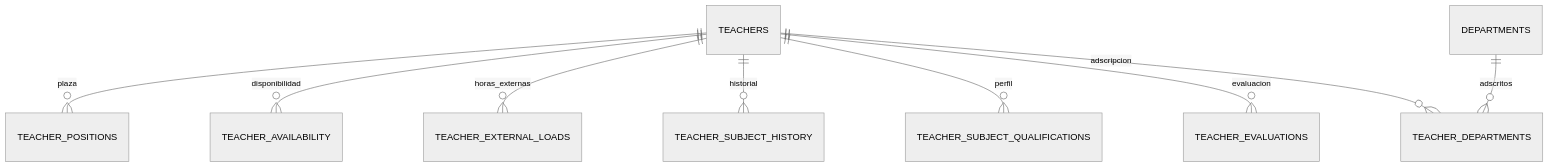
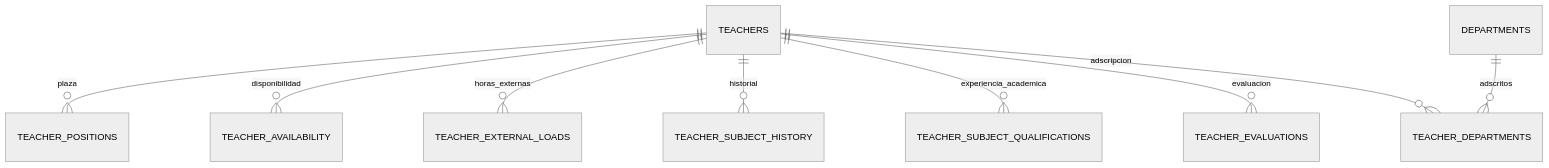
The third of 5 diagrams in docs/dominio/modelo-de-datos.md (Erne1357/nexus), drawn with Mermaid (neutral theme) before and after one commit. The commit also changed other lines of this file and 65 other files, not shown here.

First line of the commit message:
feat(faculty): rename teacher profile to experiencia académica (1.60)

````diff
--- a/docs/dominio/modelo-de-datos.md
+++ b/docs/dominio/modelo-de-datos.md
@@ -115,11 +115,11 @@
 ```mermaid
 erDiagram
     TEACHERS ||--o{ TEACHER_POSITIONS : plaza
     TEACHERS ||--o{ TEACHER_AVAILABILITY : disponibilidad
     TEACHERS ||--o{ TEACHER_EXTERNAL_LOADS : horas_externas
     TEACHERS ||--o{ TEACHER_SUBJECT_HISTORY : historial
-    TEACHERS ||--o{ TEACHER_SUBJECT_QUALIFICATIONS : perfil
+    TEACHERS ||--o{ TEACHER_SUBJECT_QUALIFICATIONS : experiencia_academica
     TEACHERS ||--o{ TEACHER_EVALUATIONS : evaluacion
     TEACHERS ||--o{ TEACHER_DEPARTMENTS : adscripcion
     DEPARTMENTS ||--o{ TEACHER_DEPARTMENTS : adscritos
 ```
````
